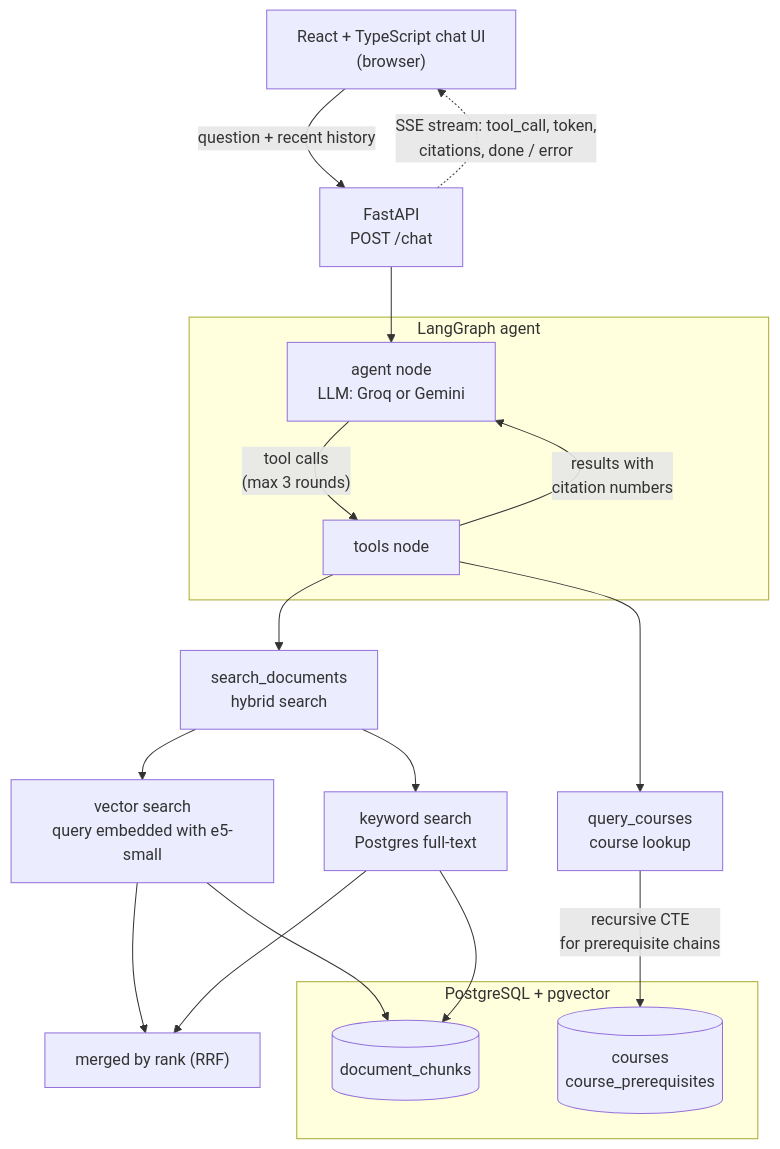
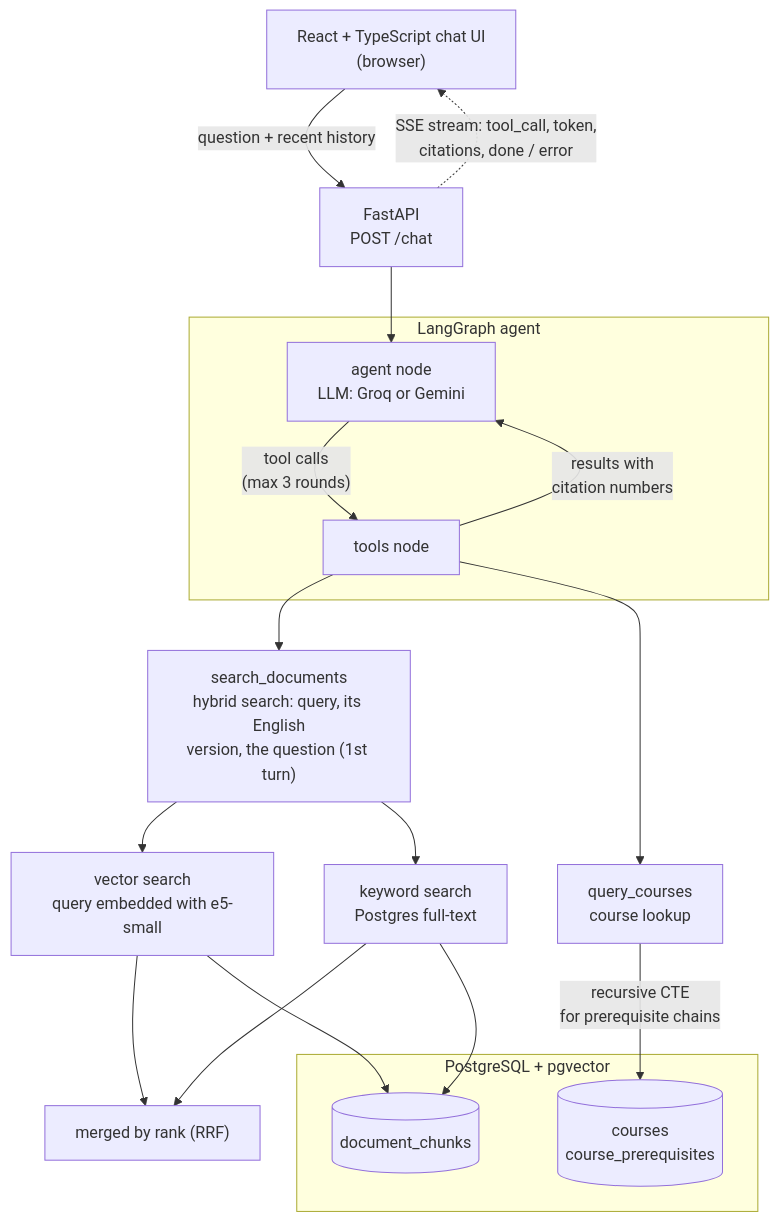
Before and after one commit to TeCom0/campus-assistant: the first of 2 diagrams in README.md, drawn with Mermaid. The commit also changed other lines of this file and 6 other files, not shown here.

First line of the commit message:
feat: search each query in English too, plus the question on a first turn

````diff
--- a/README.md
+++ b/README.md
@@ -36,31 +36,31 @@
 ```mermaid
 flowchart TD
     UI["React + TypeScript chat UI<br/>(browser)"]
     API["FastAPI<br/>POST /chat"]
     UI -- "question + recent history" --> API
     API -. "SSE stream: tool_call, token,<br/>citations, done / error" .-> UI
 
     subgraph AGENT["LangGraph agent"]
         AG["agent node<br/>LLM: Groq or Gemini"]
         TN["tools node"]
         AG -- "tool calls<br/>(max 3 rounds)" --> TN
         TN -- "results with<br/>citation numbers" --> AG
     end
     API --> AG
 
-    TN --> SD["search_documents<br/>hybrid search"]
+    TN --> SD["search_documents<br/>hybrid search: query, its English<br/>version, the question (1st turn)"]
     TN --> QC["query_courses<br/>course lookup"]
 
     SD --> VS["vector search<br/>query embedded with e5-small"]
     SD --> KS["keyword search<br/>Postgres full-text"]
     VS --> RRF["merged by rank (RRF)"]
     KS --> RRF
 
     subgraph DB["PostgreSQL + pgvector"]
         DC[("document_chunks")]
         CT[("courses<br/>course_prerequisites")]
     end
     VS --> DC
     KS --> DC
     QC -- "recursive CTE<br/>for prerequisite chains" --> CT
 ```
````
